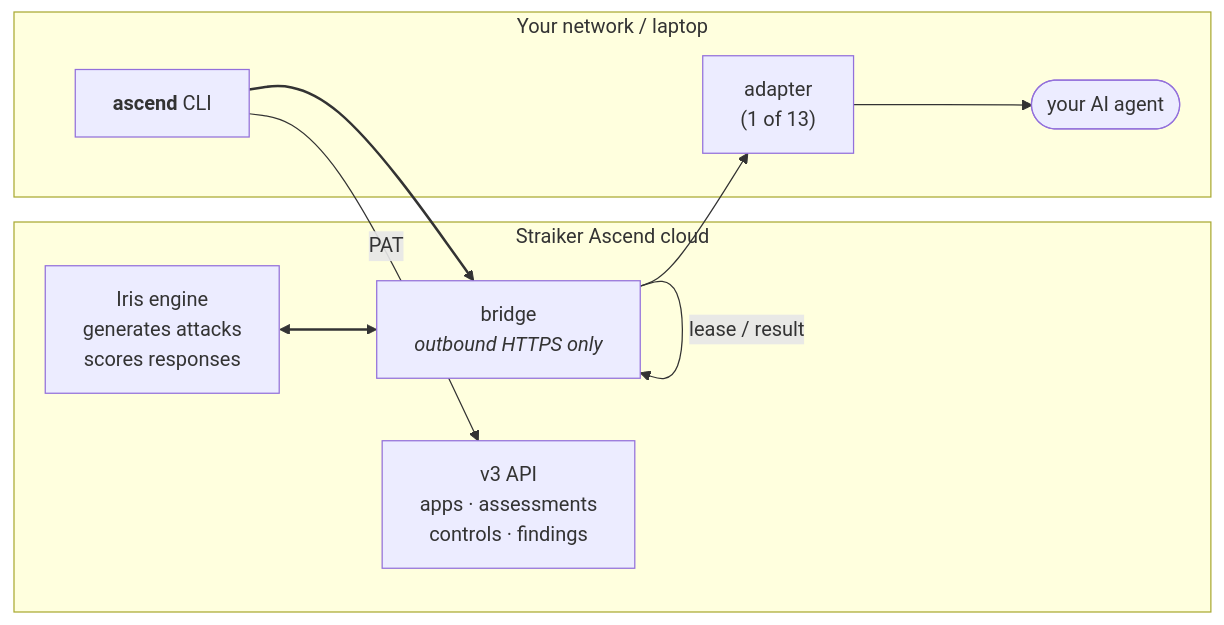
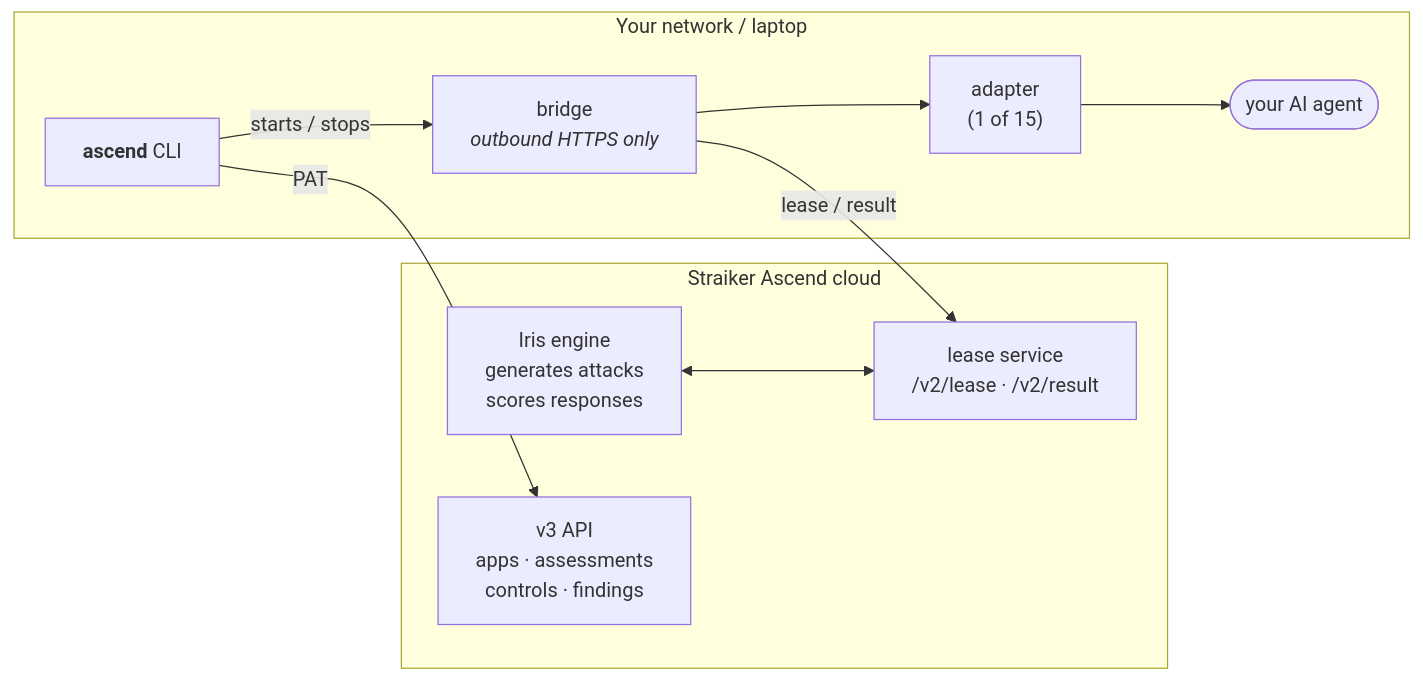
The first of 5 diagrams in docs/ARCHITECTURE.md (PhimmStraiker/ascend-cli), drawn with Mermaid before and after one commit. The commit also changed other lines of this file and 33 other files, not shown here.

First line of the commit message:
Resolve configs consistently, and make the docs and diagrams describe 1.1 (#29)

````diff
--- a/docs/ARCHITECTURE.md
+++ b/docs/ARCHITECTURE.md
@@ -21,20 +21,19 @@
 ```mermaid
 flowchart LR
     subgraph straiker["Straiker Ascend cloud"]
         IRIS["Iris engine<br/>generates attacks<br/>scores responses"]
-        BRIDGE["bridge<br/>/v2/lease<br/>/v2/result"]
+        LEASE["lease service<br/>/v2/lease · /v2/result"]
         API["v3 API<br/>apps · assessments<br/>controls · findings"]
-        IRIS <--> BRIDGE
+        IRIS <--> LEASE
     end
     subgraph yours["Your network / laptop"]
         CLI["<b>ascend</b> CLI"]
-        BRIDGE["bridge<br/><i>outbound HTTPS only</i>"]
-        AD["adapter<br/>(1 of 13)"]
+        RELAY["bridge<br/><i>outbound HTTPS only</i>"]
+        AD["adapter<br/>(1 of 15)"]
         TARGET(["your AI agent"])
-        CLI --> BRIDGE
-        BRIDGE --> AD --> TARGET
+        CLI -- "starts / stops" --> RELAY
+        RELAY --> AD --> TARGET
     end
-    BRIDGE -- "lease / result" --> BRIDGE
+    RELAY -- "lease / result" --> LEASE
     CLI -- "PAT" --> API
-    linkStyle 0,1 stroke-width:2px
 ```
````
